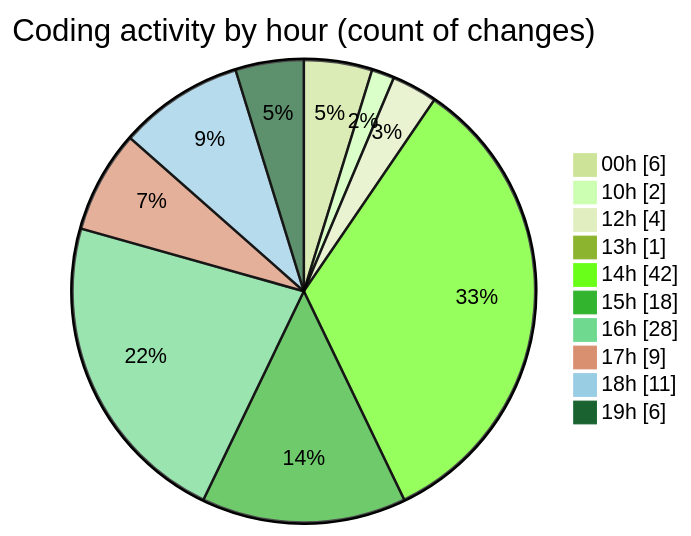
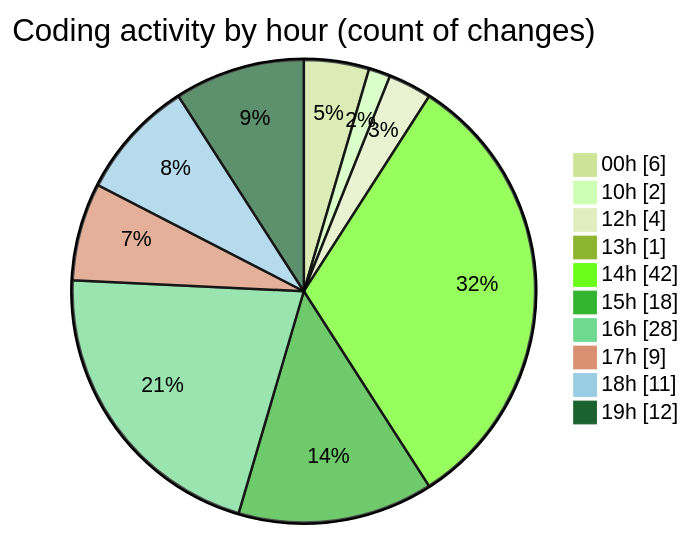
One commit to nxtqubesakshisongat/code-tracking changed the second of 2 diagrams in 2025-06-04/nxtqube_webapp/README.md. Above: the diagram before and after it, drawn with Mermaid (forest theme). The commit also changed other lines of this file and 1 other file, not shown here.

````diff
--- a/2025-06-04/nxtqube_webapp/README.md
+++ b/2025-06-04/nxtqube_webapp/README.md
@@ -36,14 +36,14 @@
 ```mermaid
 pie showData
 title Coding activity by hour (count of changes)
 "00h" : 6
 "10h" : 2
 "12h" : 4
 "13h" : 1
 "14h" : 42
 "15h" : 18
 "16h" : 28
 "17h" : 9
 "18h" : 11
-"19h" : 6
+"19h" : 12
 ```
````
